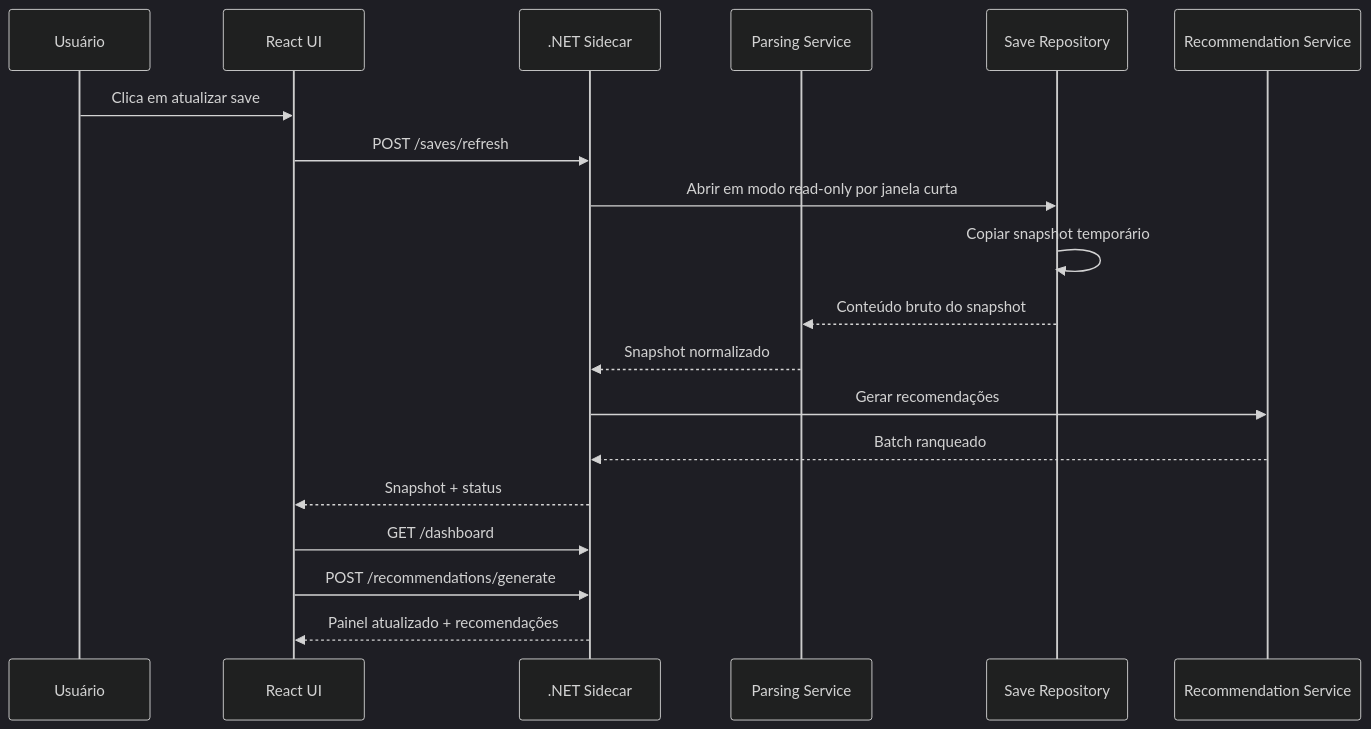
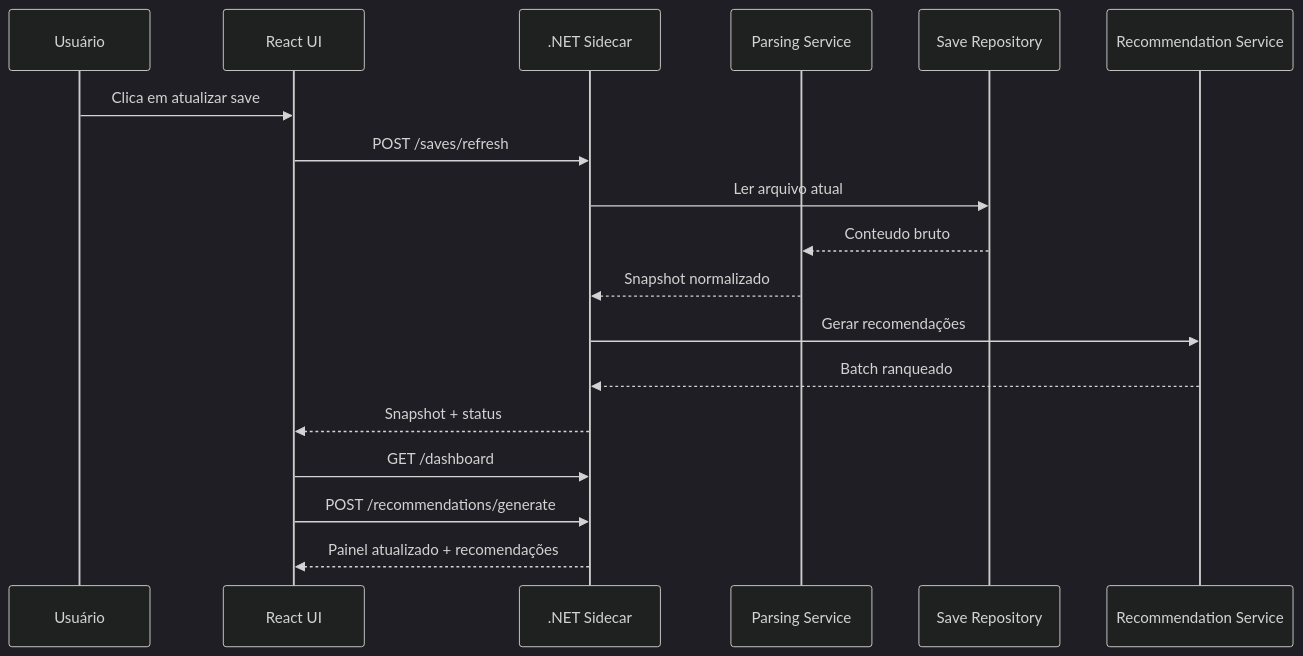
The third of 5 diagrams in .catalog/architecture.md (thaifurforo/fom-oracle), drawn with Mermaid (dark theme) before and after one commit. The commit also changed other lines of this file and 97 other files, not shown here.

````diff
--- a/.catalog/architecture.md
+++ b/.catalog/architecture.md
@@ -373,22 +369,21 @@
 ```mermaid
 sequenceDiagram
   participant U as Usuário
   participant UI as React UI
   participant API as .NET Sidecar
   participant Parser as Parsing Service
   participant Repo as Save Repository
   participant Rec as Recommendation Service
 
   U->>UI: Clica em atualizar save
   UI->>API: POST /saves/refresh
-  API->>Repo: Abrir em modo read-only por janela curta
-  Repo->>Repo: Copiar snapshot temporário
-  Repo-->>Parser: Conteúdo bruto do snapshot
+  API->>Repo: Ler arquivo atual
+  Repo-->>Parser: Conteudo bruto
   Parser-->>API: Snapshot normalizado
   API->>Rec: Gerar recomendações
   Rec-->>API: Batch ranqueado
   API-->>UI: Snapshot + status
   UI->>API: GET /dashboard
   UI->>API: POST /recommendations/generate
   API-->>UI: Painel atualizado + recomendações
 ```
````
